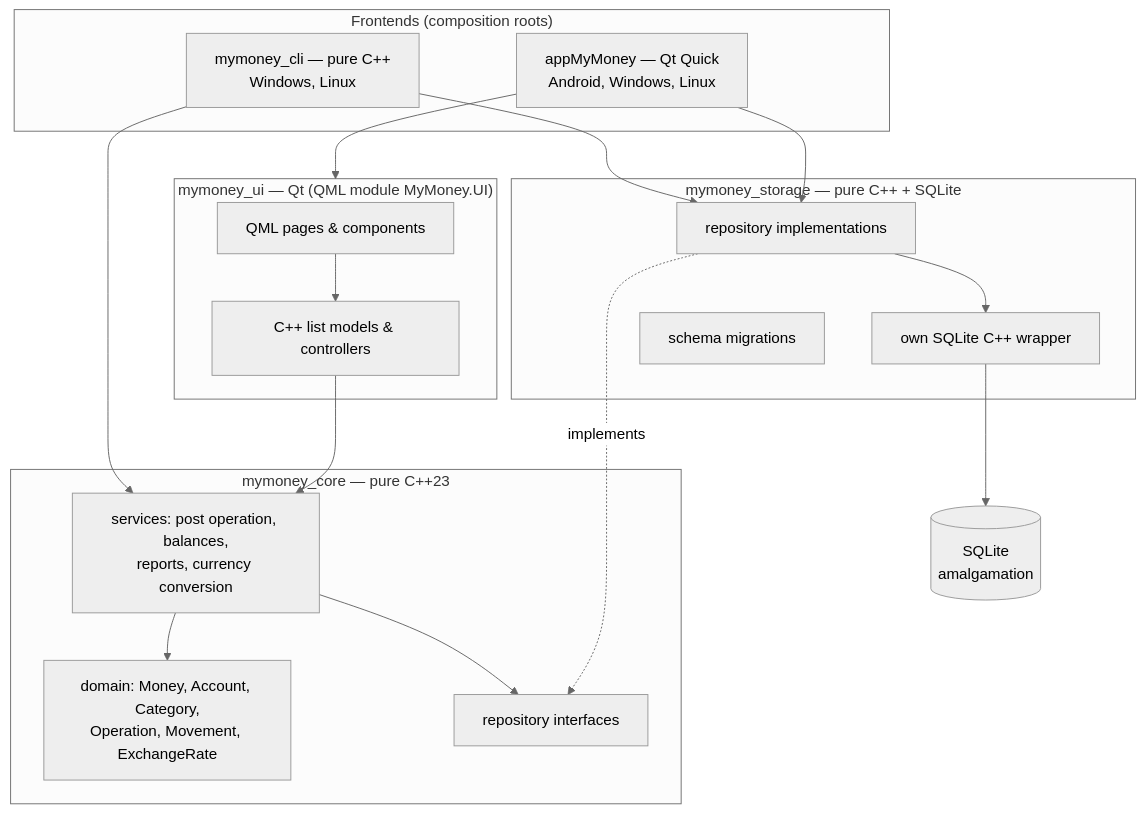
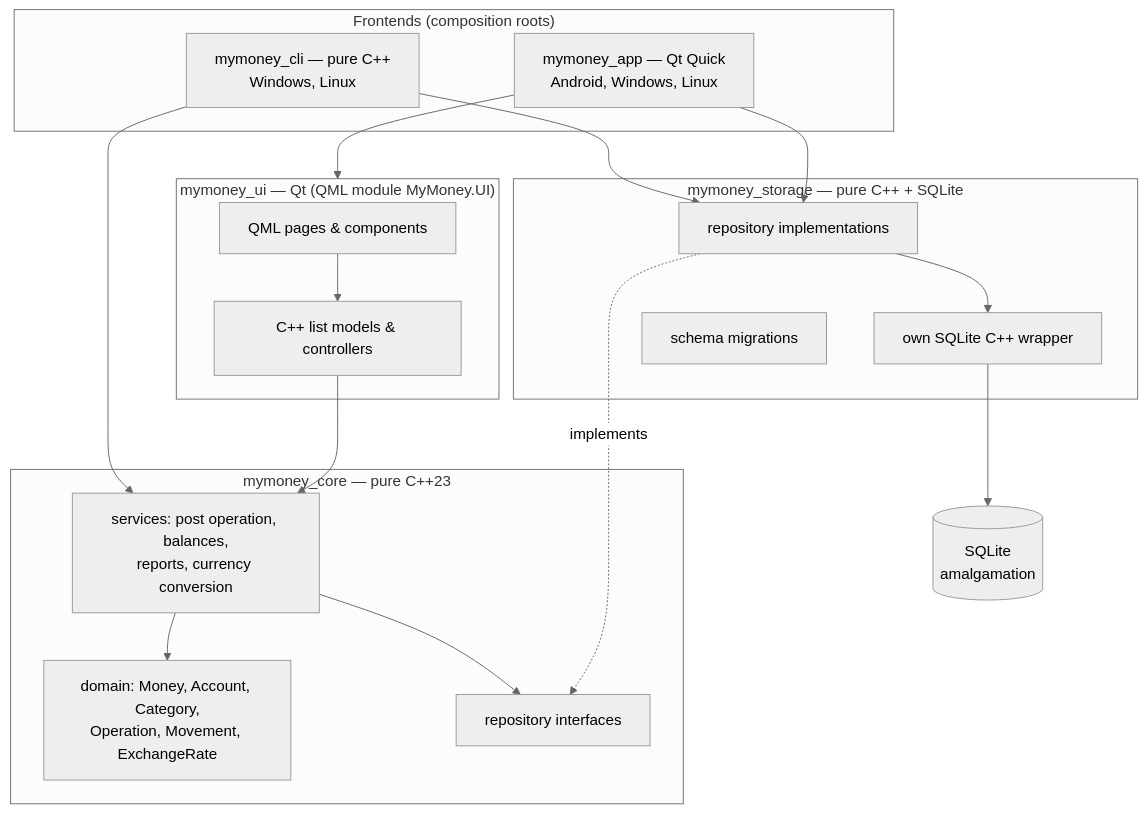
One commit to RomantsovS/MyMoneyCPP changed the first of 2 diagrams in docs/PROJECT_PLAN.md. Above: the diagram before and after it, drawn with Mermaid (neutral theme). The commit also changed other lines of this file and 2 other files, not shown here.

````diff
--- a/docs/PROJECT_PLAN.md
+++ b/docs/PROJECT_PLAN.md
@@ -123,34 +123,34 @@
 ```mermaid
 flowchart TB
     subgraph frontends["Frontends (composition roots)"]
         cli["mymoney_cli — pure C++<br/>Windows, Linux"]
-        app["appMyMoney — Qt Quick<br/>Android, Windows, Linux"]
+        app["mymoney_app — Qt Quick<br/>Android, Windows, Linux"]
     end
     subgraph ui["mymoney_ui — Qt (QML module MyMoney.UI)"]
         qml["QML pages & components"]
         vm["C++ list models & controllers"]
     end
     subgraph storage["mymoney_storage — pure C++ + SQLite"]
         repo["repository implementations"]
         sqlw["own SQLite C++ wrapper"]
         mig["schema migrations"]
     end
     subgraph core["mymoney_core — pure C++23"]
         dom["domain: Money, Account, Category,<br/>Operation, Movement, ExchangeRate"]
         svc["services: post operation, balances,<br/>reports, currency conversion"]
         ifc["repository interfaces"]
     end
     sqlite[("SQLite<br/>amalgamation")]
 
     cli --> svc
     cli --> repo
     app --> ui
     app --> repo
     qml --> vm
     vm --> svc
     svc --> dom
     svc --> ifc
     repo -. implements .-> ifc
     repo --> sqlw
     sqlw --> sqlite
 ```
````
